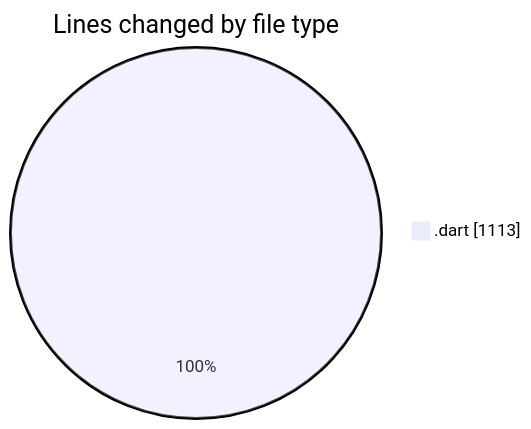
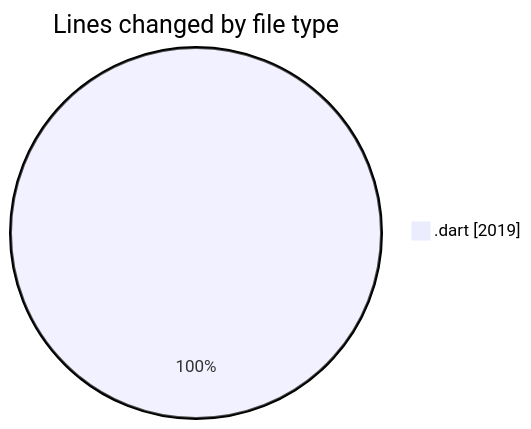
One commit to lephambinh05/code-tracking changed the first of 2 diagrams in 2025-08-26/studybuddy/README.md. Above: the diagram before and after it, drawn with Mermaid. The commit also changed other lines of this file and 1 other file, not shown here.

````diff
--- a/2025-08-26/studybuddy/README.md
+++ b/2025-08-26/studybuddy/README.md
@@ -21,5 +23,5 @@
 ```mermaid
 pie showData
 title Lines changed by file type
-".dart" : 1113
+".dart" : 2019
 ```
````
